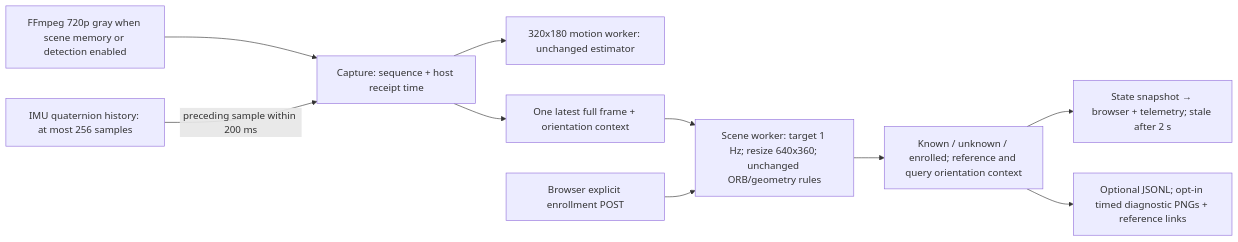
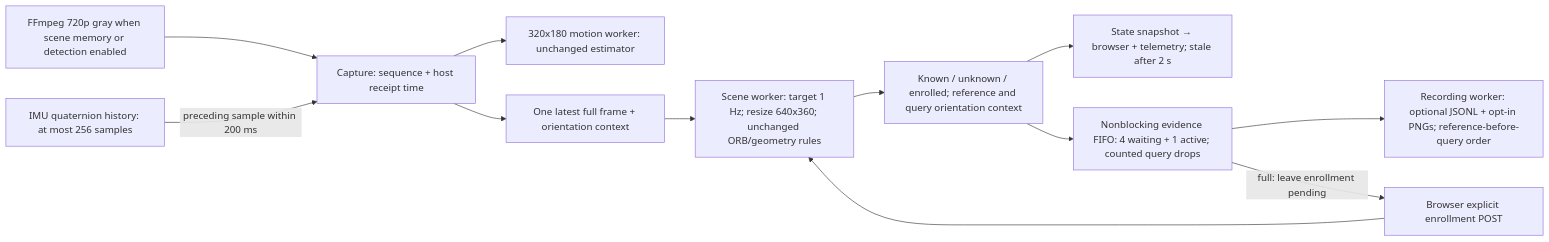
Before and after one commit to choir0322/edgexr: the first of 3 diagrams in docs/PIPELINE.md, drawn with Mermaid. The commit also changed other lines of this file and 11 other files, not shown here.

````diff
--- a/docs/PIPELINE.md
+++ b/docs/PIPELINE.md
@@ -7,12 +7,14 @@
 ```mermaid
 flowchart LR
     F["FFmpeg 720p gray when scene memory or detection enabled"] --> C["Capture: sequence + host receipt time"]
     C --> M["320x180 motion worker: unchanged estimator"]
     I["IMU quaternion history: at most 256 samples"] -->|preceding sample within 200 ms| C
     C --> S["One latest full frame + orientation context"]
     S --> W["Scene worker: target 1 Hz; resize 640x360; unchanged ORB/geometry rules"]
     B["Browser explicit enrollment POST"] --> W
     W --> R["Known / unknown / enrolled; reference and query orientation context"]
     R --> T["State snapshot → browser + telemetry; stale after 2 s"]
-    R --> L["Optional JSONL; opt-in timed diagnostic PNGs + reference links"]
+    R --> Q["Nonblocking evidence FIFO: 4 waiting + 1 active; counted query drops"]
+    Q --> L["Recording worker: optional JSONL + opt-in PNGs; reference-before-query order"]
+    Q -->|full: leave enrollment pending| B
 ```
````
